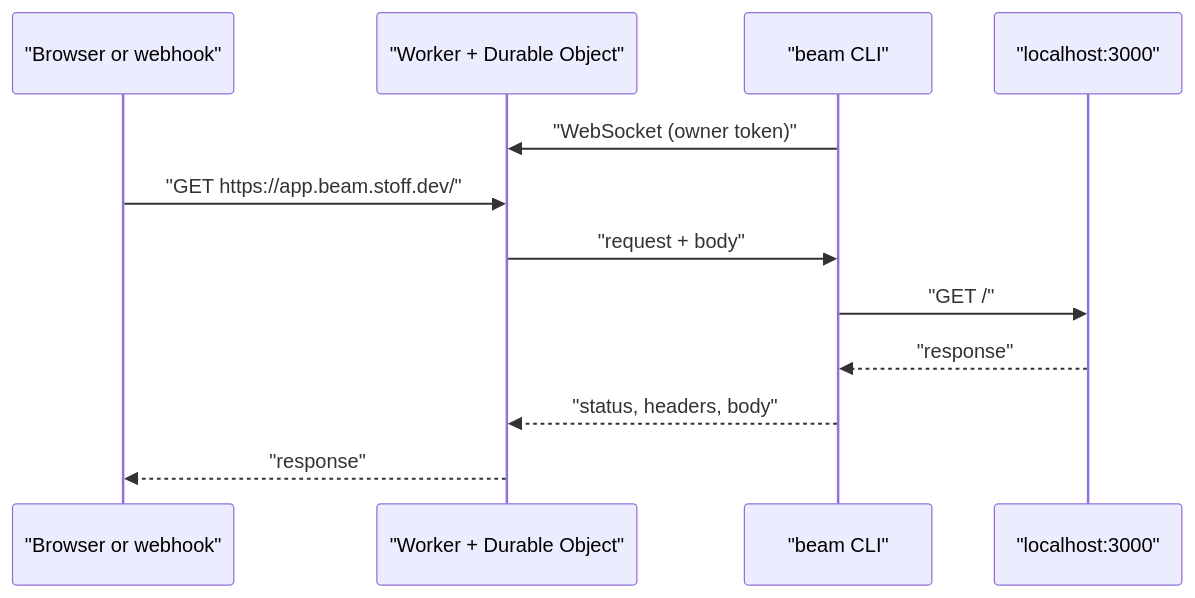
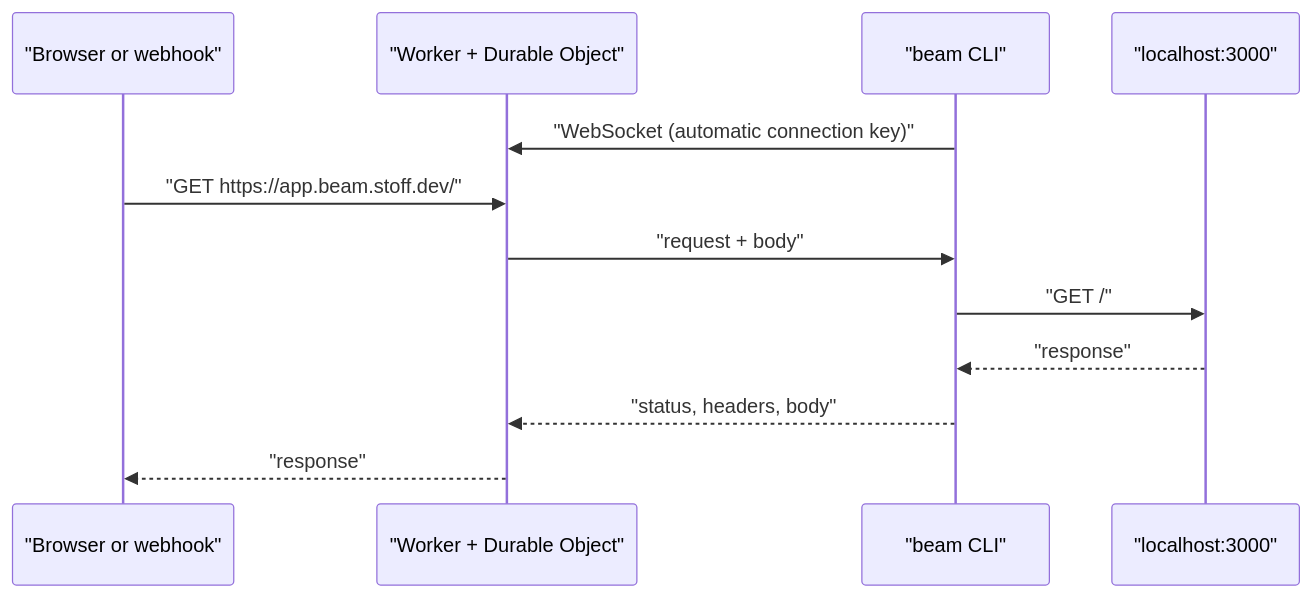
Before and after one commit to Stoffbergie/beam: the diagram in README.md, drawn with Mermaid. The commit also changed other lines of this file and 15 other files, not shown here.

````diff
--- a/README.md
+++ b/README.md
@@ -75,15 +69,15 @@
 ```mermaid
 sequenceDiagram
     participant Visitor as "Browser or webhook"
     participant Beam as "Worker + Durable Object"
     participant CLI as "beam CLI"
     participant App as "localhost:3000"
 
-    CLI->>Beam: "WebSocket (owner token)"
+    CLI->>Beam: "WebSocket (automatic connection key)"
     Visitor->>Beam: "GET https://app.beam.stoff.dev/"
     Beam->>CLI: "request + body"
     CLI->>App: "GET /"
     App-->>CLI: "response"
     CLI-->>Beam: "status, headers, body"
     Beam-->>Visitor: "response"
 ```
````
